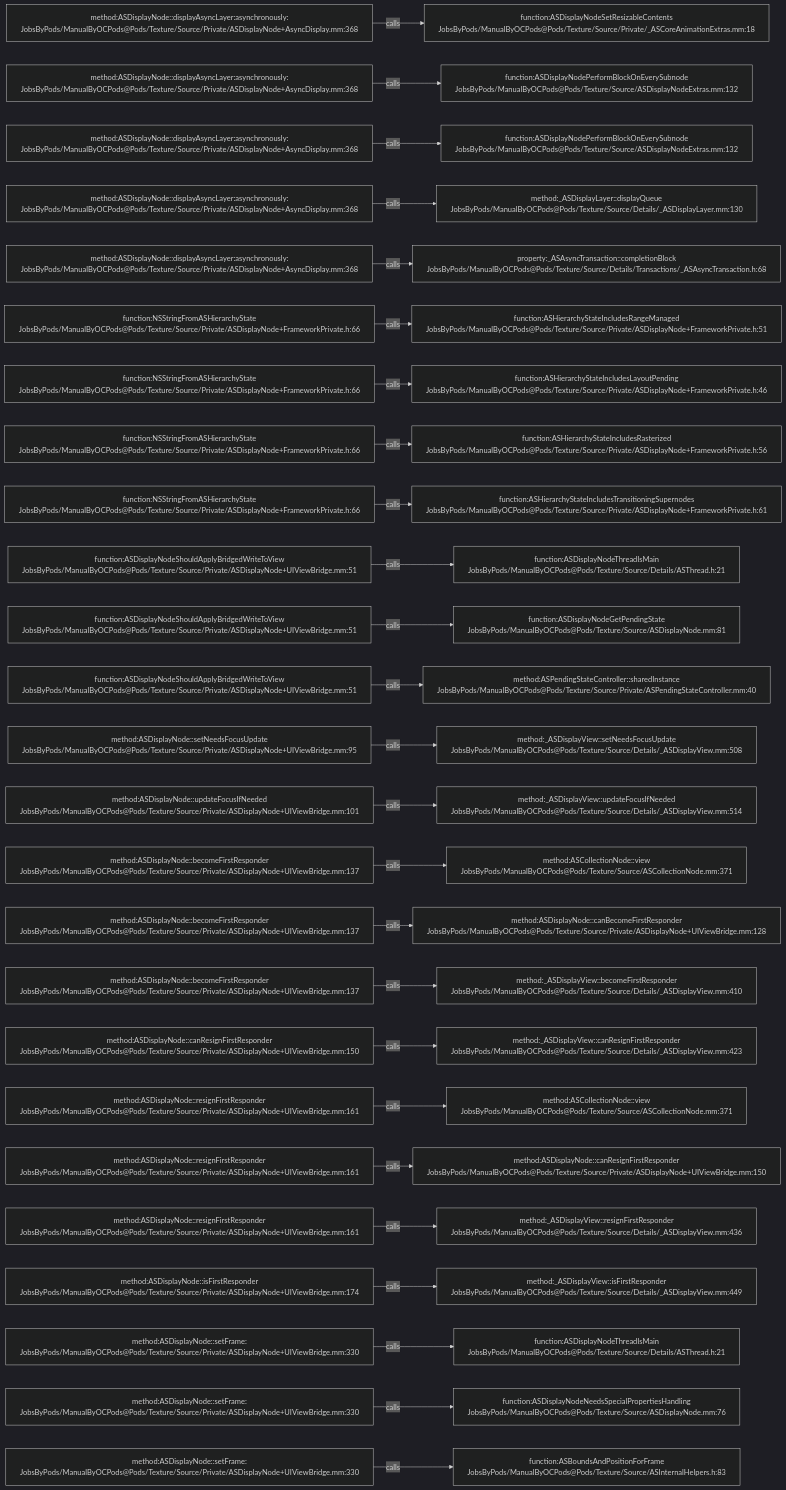
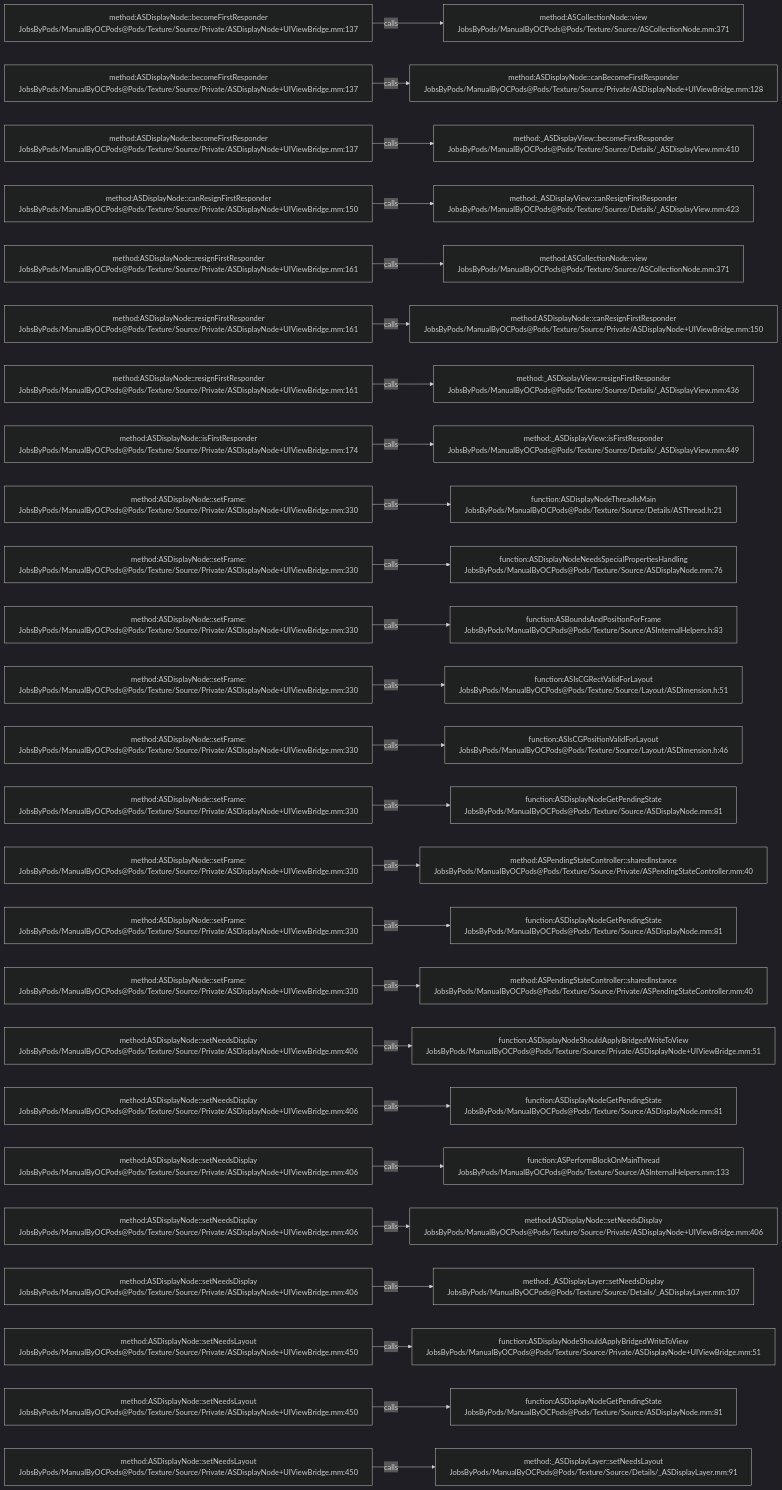
Before and after one commit to JobsKits/JobsOCBaseConfigDemo: the diagram in .codegraph/codegraph.md/graphs/calls-189.md, drawn with Mermaid (dark theme). The commit also changed 296 other files, not shown here.

````diff
--- a/.codegraph/codegraph.md/graphs/calls-189.md
+++ b/.codegraph/codegraph.md/graphs/calls-189.md
@@ -13,78 +13,78 @@
 ```mermaid
 flowchart LR
-  S1["method:ASDisplayNode::displayAsyncLayer:asynchronously:<br/>JobsByPods/ManualByOCPods@Pods/Texture/Source/Private/ASDisplayNode+AsyncDisplay.mm:368"]
-  T1["function:ASDisplayNodeSetResizableContents<br/>JobsByPods/ManualByOCPods@Pods/Texture/Source/Private/_ASCoreAnimationExtras.mm:18"]
+  S1["method:ASDisplayNode::becomeFirstResponder<br/>JobsByPods/ManualByOCPods@Pods/Texture/Source/Private/ASDisplayNode+UIViewBridge.mm:137"]
+  T1["method:ASCollectionNode::view<br/>JobsByPods/ManualByOCPods@Pods/Texture/Source/ASCollectionNode.mm:371"]
   S1 -->|calls| T1
-  S2["method:ASDisplayNode::displayAsyncLayer:asynchronously:<br/>JobsByPods/ManualByOCPods@Pods/Texture/Source/Private/ASDisplayNode+AsyncDisplay.mm:368"]
-  T2["function:ASDisplayNodePerformBlockOnEverySubnode<br/>JobsByPods/ManualByOCPods@Pods/Texture/Source/ASDisplayNodeExtras.mm:132"]
+  S2["method:ASDisplayNode::becomeFirstResponder<br/>JobsByPods/ManualByOCPods@Pods/Texture/Source/Private/ASDisplayNode+UIViewBridge.mm:137"]
+  T2["method:ASDisplayNode::canBecomeFirstResponder<br/>JobsByPods/ManualByOCPods@Pods/Texture/Source/Private/ASDisplayNode+UIViewBridge.mm:128"]
   S2 -->|calls| T2
-  S3["method:ASDisplayNode::displayAsyncLayer:asynchronously:<br/>JobsByPods/ManualByOCPods@Pods/Texture/Source/Private/ASDisplayNode+AsyncDisplay.mm:368"]
-  T3["function:ASDisplayNodePerformBlockOnEverySubnode<br/>JobsByPods/ManualByOCPods@Pods/Texture/Source/ASDisplayNodeExtras.mm:132"]
+  S3["method:ASDisplayNode::becomeFirstResponder<br/>JobsByPods/ManualByOCPods@Pods/Texture/Source/Private/ASDisplayNode+UIViewBridge.mm:137"]
+  T3["method:_ASDisplayView::becomeFirstResponder<br/>JobsByPods/ManualByOCPods@Pods/Texture/Source/Details/_ASDisplayView.mm:410"]
   S3 -->|calls| T3
-  S4["method:ASDisplayNode::displayAsyncLayer:asynchronously:<br/>JobsByPods/ManualByOCPods@Pods/Texture/Source/Private/ASDisplayNode+AsyncDisplay.mm:368"]
-  T4["method:_ASDisplayLayer::displayQueue<br/>JobsByPods/ManualByOCPods@Pods/Texture/Source/Details/_ASDisplayLayer.mm:130"]
+  S4["method:ASDisplayNode::canResignFirstResponder<br/>JobsByPods/ManualByOCPods@Pods/Texture/Source/Private/ASDisplayNode+UIViewBridge.mm:150"]
+  T4["method:_ASDisplayView::canResignFirstResponder<br/>JobsByPods/ManualByOCPods@Pods/Texture/Source/Details/_ASDisplayView.mm:423"]
   S4 -->|calls| T4
-  S5["method:ASDisplayNode::displayAsyncLayer:asynchronously:<br/>JobsByPods/ManualByOCPods@Pods/Texture/Source/Private/ASDisplayNode+AsyncDisplay.mm:368"]
-  T5["property:_ASAsyncTransaction::completionBlock<br/>JobsByPods/ManualByOCPods@Pods/Texture/Source/Details/Transactions/_ASAsyncTransaction.h:68"]
+  S5["method:ASDisplayNode::resignFirstResponder<br/>JobsByPods/ManualByOCPods@Pods/Texture/Source/Private/ASDisplayNode+UIViewBridge.mm:161"]
+  T5["method:ASCollectionNode::view<br/>JobsByPods/ManualByOCPods@Pods/Texture/Source/ASCollectionNode.mm:371"]
   S5 -->|calls| T5
-  S6["function:NSStringFromASHierarchyState<br/>JobsByPods/ManualByOCPods@Pods/Texture/Source/Private/ASDisplayNode+FrameworkPrivate.h:66"]
-  T6["function:ASHierarchyStateIncludesRangeManaged<br/>JobsByPods/ManualByOCPods@Pods/Texture/Source/Private/ASDisplayNode+FrameworkPrivate.h:51"]
+  S6["method:ASDisplayNode::resignFirstResponder<br/>JobsByPods/ManualByOCPods@Pods/Texture/Source/Private/ASDisplayNode+UIViewBridge.mm:161"]
+  T6["method:ASDisplayNode::canResignFirstResponder<br/>JobsByPods/ManualByOCPods@Pods/Texture/Source/Private/ASDisplayNode+UIViewBridge.mm:150"]
   S6 -->|calls| T6
-  S7["function:NSStringFromASHierarchyState<br/>JobsByPods/ManualByOCPods@Pods/Texture/Source/Private/ASDisplayNode+FrameworkPrivate.h:66"]
-  T7["function:ASHierarchyStateIncludesLayoutPending<br/>JobsByPods/ManualByOCPods@Pods/Texture/Source/Private/ASDisplayNode+FrameworkPrivate.h:46"]
+  S7["method:ASDisplayNode::resignFirstResponder<br/>JobsByPods/ManualByOCPods@Pods/Texture/Source/Private/ASDisplayNode+UIViewBridge.mm:161"]
+  T7["method:_ASDisplayView::resignFirstResponder<br/>JobsByPods/ManualByOCPods@Pods/Texture/Source/Details/_ASDisplayView.mm:436"]
   S7 -->|calls| T7
-  S8["function:NSStringFromASHierarchyState<br/>JobsByPods/ManualByOCPods@Pods/Texture/Source/Private/ASDisplayNode+FrameworkPrivate.h:66"]
-  T8["function:ASHierarchyStateIncludesRasterized<br/>JobsByPods/ManualByOCPods@Pods/Texture/Source/Private/ASDisplayNode+FrameworkPrivate.h:56"]
+  S8["method:ASDisplayNode::isFirstResponder<br/>JobsByPods/ManualByOCPods@Pods/Texture/Source/Private/ASDisplayNode+UIViewBridge.mm:174"]
+  T8["method:_ASDisplayView::isFirstResponder<br/>JobsByPods/ManualByOCPods@Pods/Texture/Source/Details/_ASDisplayView.mm:449"]
   S8 -->|calls| T8
-  S9["function:NSStringFromASHierarchyState<br/>JobsByPods/ManualByOCPods@Pods/Texture/Source/Private/ASDisplayNode+FrameworkPrivate.h:66"]
-  T9["function:ASHierarchyStateIncludesTransitioningSupernodes<br/>JobsByPods/ManualByOCPods@Pods/Texture/Source/Private/ASDisplayNode+FrameworkPrivate.h:61"]
+  S9["method:ASDisplayNode::setFrame:<br/>JobsByPods/ManualByOCPods@Pods/Texture/Source/Private/ASDisplayNode+UIViewBridge.mm:330"]
+  T9["function:ASDisplayNodeThreadIsMain<br/>JobsByPods/ManualByOCPods@Pods/Texture/Source/Details/ASThread.h:21"]
   S9 -->|calls| T9
-  S10["function:ASDisplayNodeShouldApplyBridgedWriteToView<br/>JobsByPods/ManualByOCPods@Pods/Texture/Source/Private/ASDisplayNode+UIViewBridge.mm:51"]
-  T10["function:ASDisplayNodeThreadIsMain<br/>JobsByPods/ManualByOCPods@Pods/Texture/Source/Details/ASThread.h:21"]
+  S10["method:ASDisplayNode::setFrame:<br/>JobsByPods/ManualByOCPods@Pods/Texture/Source/Private/ASDisplayNode+UIViewBridge.mm:330"]
+  T10["function:ASDisplayNodeNeedsSpecialPropertiesHandling<br/>JobsByPods/ManualByOCPods@Pods/Texture/Source/ASDisplayNode.mm:76"]
   S10 -->|calls| T10
-  S11["function:ASDisplayNodeShouldApplyBridgedWriteToView<br/>JobsByPods/ManualByOCPods@Pods/Texture/Source/Private/ASDisplayNode+UIViewBridge.mm:51"]
-  T11["function:ASDisplayNodeGetPendingState<br/>JobsByPods/ManualByOCPods@Pods/Texture/Source/ASDisplayNode.mm:81"]
+  S11["method:ASDisplayNode::setFrame:<br/>JobsByPods/ManualByOCPods@Pods/Texture/Source/Private/ASDisplayNode+UIViewBridge.mm:330"]
+  T11["function:ASBoundsAndPositionForFrame<br/>JobsByPods/ManualByOCPods@Pods/Texture/Source/ASInternalHelpers.h:83"]
   S11 -->|calls| T11
-  S12["function:ASDisplayNodeShouldApplyBridgedWriteToView<br/>JobsByPods/ManualByOCPods@Pods/Texture/Source/Private/ASDisplayNode+UIViewBridge.mm:51"]
-  T12["method:ASPendingStateController::sharedInstance<br/>JobsByPods/ManualByOCPods@Pods/Texture/Source/Private/ASPendingStateController.mm:40"]
+  S12["method:ASDisplayNode::setFrame:<br/>JobsByPods/ManualByOCPods@Pods/Texture/Source/Private/ASDisplayNode+UIViewBridge.mm:330"]
+  T12["function:ASIsCGRectValidForLayout<br/>JobsByPods/ManualByOCPods@Pods/Texture/Source/Layout/ASDimension.h:51"]
   S12 -->|calls| T12
-  S13["method:ASDisplayNode::setNeedsFocusUpdate<br/>JobsByPods/ManualByOCPods@Pods/Texture/Source/Private/ASDisplayNode+UIViewBridge.mm:95"]
-  T13["method:_ASDisplayView::setNeedsFocusUpdate<br/>JobsByPods/ManualByOCPods@Pods/Texture/Source/Details/_ASDisplayView.mm:508"]
+  S13["method:ASDisplayNode::setFrame:<br/>JobsByPods/ManualByOCPods@Pods/Texture/Source/Private/ASDisplayNode+UIViewBridge.mm:330"]
+  T13["function:ASIsCGPositionValidForLayout<br/>JobsByPods/ManualByOCPods@Pods/Texture/Source/Layout/ASDimension.h:46"]
   S13 -->|calls| T13
-  S14["method:ASDisplayNode::updateFocusIfNeeded<br/>JobsByPods/ManualByOCPods@Pods/Texture/Source/Private/ASDisplayNode+UIViewBridge.mm:101"]
-  T14["method:_ASDisplayView::updateFocusIfNeeded<br/>JobsByPods/ManualByOCPods@Pods/Texture/Source/Details/_ASDisplayView.mm:514"]
+  S14["method:ASDisplayNode::setFrame:<br/>JobsByPods/ManualByOCPods@Pods/Texture/Source/Private/ASDisplayNode+UIViewBridge.mm:330"]
+  T14["function:ASDisplayNodeGetPendingState<br/>JobsByPods/ManualByOCPods@Pods/Texture/Source/ASDisplayNode.mm:81"]
   S14 -->|calls| T14
-  S15["method:ASDisplayNode::becomeFirstResponder<br/>JobsByPods/ManualByOCPods@Pods/Texture/Source/Private/ASDisplayNode+UIViewBridge.mm:137"]
-  T15["method:ASCollectionNode::view<br/>JobsByPods/ManualByOCPods@Pods/Texture/Source/ASCollectionNode.mm:371"]
+  S15["method:ASDisplayNode::setFrame:<br/>JobsByPods/ManualByOCPods@Pods/Texture/Source/Private/ASDisplayNode+UIViewBridge.mm:330"]
+  T15["method:ASPendingStateController::sharedInstance<br/>JobsByPods/ManualByOCPods@Pods/Texture/Source/Private/ASPendingStateController.mm:40"]
   S15 -->|calls| T15
-  S16["method:ASDisplayNode::becomeFirstResponder<br/>JobsByPods/ManualByOCPods@Pods/Texture/Source/Private/ASDisplayNode+UIViewBridge.mm:137"]
-  T16["method:ASDisplayNode::canBecomeFirstResponder<br/>JobsByPods/ManualByOCPods@Pods/Texture/Source/Private/ASDisplayNode+UIViewBridge.mm:128"]
+  S16["method:ASDisplayNode::setFrame:<br/>JobsByPods/ManualByOCPods@Pods/Texture/Source/Private/ASDisplayNode+UIViewBridge.mm:330"]
+  T16["function:ASDisplayNodeGetPendingState<br/>JobsByPods/ManualByOCPods@Pods/Texture/Source/ASDisplayNode.mm:81"]
   S16 -->|calls| T16
-  S17["method:ASDisplayNode::becomeFirstResponder<br/>JobsByPods/ManualByOCPods@Pods/Texture/Source/Private/ASDisplayNode+UIViewBridge.mm:137"]
-  T17["method:_ASDisplayView::becomeFirstResponder<br/>JobsByPods/ManualByOCPods@Pods/Texture/Source/Details/_ASDisplayView.mm:410"]
+  S17["method:ASDisplayNode::setFrame:<br/>JobsByPods/ManualByOCPods@Pods/Texture/Source/Private/ASDisplayNode+UIViewBridge.mm:330"]
+  T17["method:ASPendingStateController::sharedInstance<br/>JobsByPods/ManualByOCPods@Pods/Texture/Source/Private/ASPendingStateController.mm:40"]
   S17 -->|calls| T17
-  S18["method:ASDisplayNode::canResignFirstResponder<br/>JobsByPods/ManualByOCPods@Pods/Texture/Source/Private/ASDisplayNode+UIViewBridge.mm:150"]
-  T18["method:_ASDisplayView::canResignFirstResponder<br/>JobsByPods/ManualByOCPods@Pods/Texture/Source/Details/_ASDisplayView.mm:423"]
+  S18["method:ASDisplayNode::setNeedsDisplay<br/>JobsByPods/ManualByOCPods@Pods/Texture/Source/Private/ASDisplayNode+UIViewBridge.mm:406"]
+  T18["function:ASDisplayNodeShouldApplyBridgedWriteToView<br/>JobsByPods/ManualByOCPods@Pods/Texture/Source/Private/ASDisplayNode+UIViewBridge.mm:51"]
   S18 -->|calls| T18
-  S19["method:ASDisplayNode::resignFirstResponder<br/>JobsByPods/ManualByOCPods@Pods/Texture/Source/Private/ASDisplayNode+UIViewBridge.mm:161"]
-  T19["method:ASCollectionNode::view<br/>JobsByPods/ManualByOCPods@Pods/Texture/Source/ASCollectionNode.mm:371"]
+  S19["method:ASDisplayNode::setNeedsDisplay<br/>JobsByPods/ManualByOCPods@Pods/Texture/Source/Private/ASDisplayNode+UIViewBridge.mm:406"]
+  T19["function:ASDisplayNodeGetPendingState<br/>JobsByPods/ManualByOCPods@Pods/Texture/Source/ASDisplayNode.mm:81"]
   S19 -->|calls| T19
-  S20["method:ASDisplayNode::resignFirstResponder<br/>JobsByPods/ManualByOCPods@Pods/Texture/Source/Private/ASDisplayNode+UIViewBridge.mm:161"]
-  T20["method:ASDisplayNode::canResignFirstResponder<br/>JobsByPods/ManualByOCPods@Pods/Texture/Source/Private/ASDisplayNode+UIViewBridge.mm:150"]
+  S20["method:ASDisplayNode::setNeedsDisplay<br/>JobsByPods/ManualByOCPods@Pods/Texture/Source/Private/ASDisplayNode+UIViewBridge.mm:406"]
+  T20["function:ASPerformBlockOnMainThread<br/>JobsByPods/ManualByOCPods@Pods/Texture/Source/ASInternalHelpers.mm:133"]
   S20 -->|calls| T20
-  S21["method:ASDisplayNode::resignFirstResponder<br/>JobsByPods/ManualByOCPods@Pods/Texture/Source/Private/ASDisplayNode+UIViewBridge.mm:161"]
-  T21["method:_ASDisplayView::resignFirstResponder<br/>JobsByPods/ManualByOCPods@Pods/Texture/Source/Details/_ASDisplayView.mm:436"]
+  S21["method:ASDisplayNode::setNeedsDisplay<br/>JobsByPods/ManualByOCPods@Pods/Texture/Source/Private/ASDisplayNode+UIViewBridge.mm:406"]
+  T21["method:ASDisplayNode::setNeedsDisplay<br/>JobsByPods/ManualByOCPods@Pods/Texture/Source/Private/ASDisplayNode+UIViewBridge.mm:406"]
   S21 -->|calls| T21
-  S22["method:ASDisplayNode::isFirstResponder<br/>JobsByPods/ManualByOCPods@Pods/Texture/Source/Private/ASDisplayNode+UIViewBridge.mm:174"]
-  T22["method:_ASDisplayView::isFirstResponder<br/>JobsByPods/ManualByOCPods@Pods/Texture/Source/Details/_ASDisplayView.mm:449"]
+  S22["method:ASDisplayNode::setNeedsDisplay<br/>JobsByPods/ManualByOCPods@Pods/Texture/Source/Private/ASDisplayNode+UIViewBridge.mm:406"]
+  T22["method:_ASDisplayLayer::setNeedsDisplay<br/>JobsByPods/ManualByOCPods@Pods/Texture/Source/Details/_ASDisplayLayer.mm:107"]
   S22 -->|calls| T22
-  S23["method:ASDisplayNode::setFrame:<br/>JobsByPods/ManualByOCPods@Pods/Texture/Source/Private/ASDisplayNode+UIViewBridge.mm:330"]
-  T23["function:ASDisplayNodeThreadIsMain<br/>JobsByPods/ManualByOCPods@Pods/Texture/Source/Details/ASThread.h:21"]
+  S23["method:ASDisplayNode::setNeedsLayout<br/>JobsByPods/ManualByOCPods@Pods/Texture/Source/Private/ASDisplayNode+UIViewBridge.mm:450"]
+  T23["function:ASDisplayNodeShouldApplyBridgedWriteToView<br/>JobsByPods/ManualByOCPods@Pods/Texture/Source/Private/ASDisplayNode+UIViewBridge.mm:51"]
   S23 -->|calls| T23
-  S24["method:ASDisplayNode::setFrame:<br/>JobsByPods/ManualByOCPods@Pods/Texture/Source/Private/ASDisplayNode+UIViewBridge.mm:330"]
-  T24["function:ASDisplayNodeNeedsSpecialPropertiesHandling<br/>JobsByPods/ManualByOCPods@Pods/Texture/Source/ASDisplayNode.mm:76"]
+  S24["method:ASDisplayNode::setNeedsLayout<br/>JobsByPods/ManualByOCPods@Pods/Texture/Source/Private/ASDisplayNode+UIViewBridge.mm:450"]
+  T24["function:ASDisplayNodeGetPendingState<br/>JobsByPods/ManualByOCPods@Pods/Texture/Source/ASDisplayNode.mm:81"]
   S24 -->|calls| T24
-  S25["method:ASDisplayNode::setFrame:<br/>JobsByPods/ManualByOCPods@Pods/Texture/Source/Private/ASDisplayNode+UIViewBridge.mm:330"]
-  T25["function:ASBoundsAndPositionForFrame<br/>JobsByPods/ManualByOCPods@Pods/Texture/Source/ASInternalHelpers.h:83"]
+  S25["method:ASDisplayNode::setNeedsLayout<br/>JobsByPods/ManualByOCPods@Pods/Texture/Source/Private/ASDisplayNode+UIViewBridge.mm:450"]
+  T25["method:_ASDisplayLayer::setNeedsLayout<br/>JobsByPods/ManualByOCPods@Pods/Texture/Source/Details/_ASDisplayLayer.mm:91"]
   S25 -->|calls| T25
 ```
````
